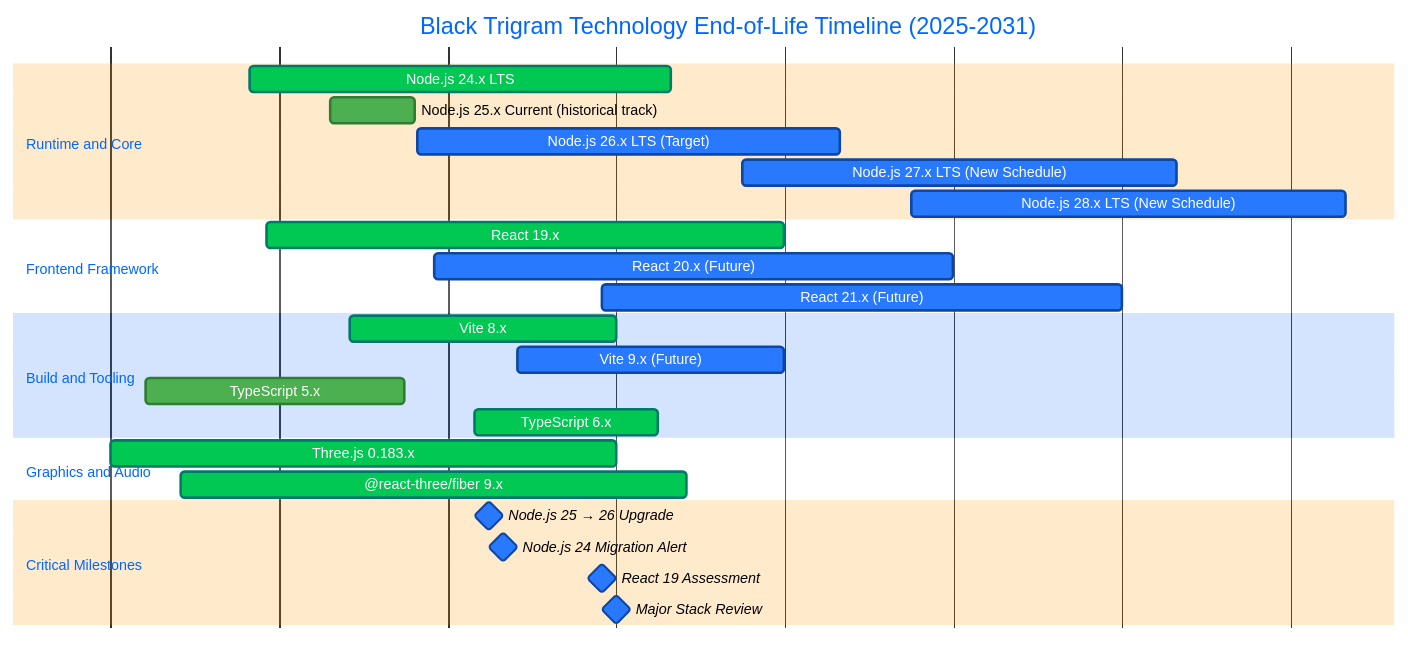
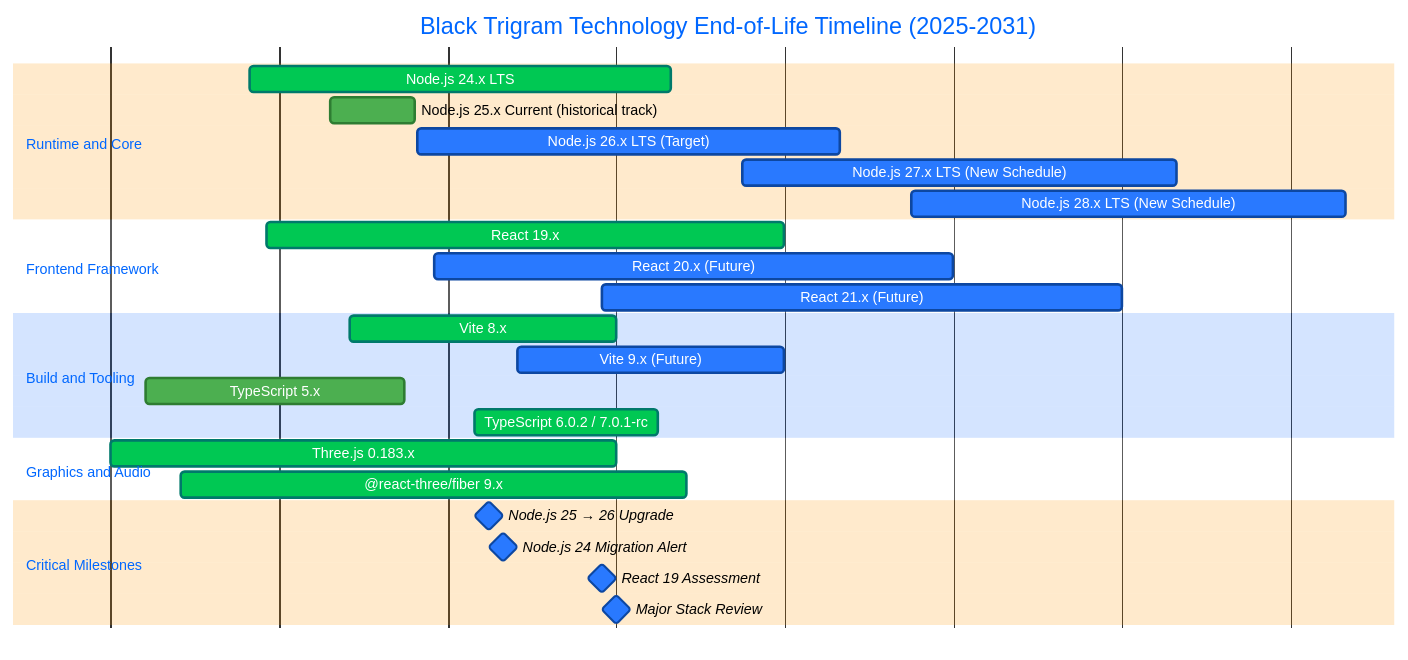
The fifth of 8 diagrams in End-of-Life-Strategy.md (Hack23/blacktrigram), drawn with Mermaid before and after one commit. The commit also changed other lines of this file and 2 other files, not shown here.

Commit message:
Refresh stack versions and TypeScript migration docs

````diff
--- a/End-of-Life-Strategy.md
+++ b/End-of-Life-Strategy.md
@@ -387,35 +387,35 @@
 ```mermaid
 %%{init: {'theme':'base', 'themeVariables': {'primaryColor':'#2979FF','primaryTextColor':'#fff','primaryBorderColor':'#0D47A1','lineColor':'#455A64','secondaryColor':'#4CAF50','tertiaryColor':'#FF9800','taskBkgColor':'#2979FF','taskTextColor':'#fff','taskTextDarkColor':'#fff','taskTextOutsideColor':'#000','activeTaskBkgColor':'#00C853','activeTaskBorderColor':'#00796B','doneTaskBkgColor':'#4CAF50','doneTaskBorderColor':'#2E7D32','critBkgColor':'#D32F2F','critBorderColor':'#B71C1C'}}}%%
 gantt
     title Black Trigram Technology End-of-Life Timeline (2025-2031)
     dateFormat YYYY-MM-DD
     axisFormat %Y
 
     section Runtime and Core
     Node.js 24.x LTS          :active, node24, 2024-10-29, 2027-04-30
     Node.js 25.x Current (historical track) :done, node25, 2025-04-22, 2025-10-21
     Node.js 26.x LTS (Target) :node26, 2025-10-28, 2028-04-30
     Node.js 27.x LTS (New Schedule) :node27, 2027-10-01, 2030-04-30
     Node.js 28.x LTS (New Schedule) :node28, 2028-10-01, 2031-04-30
 
     section Frontend Framework
     React 19.x                :active, react19, 2024-12-05, 2027-12-31
     React 20.x (Future)       :react20, 2025-12-01, 2028-12-31
     React 21.x (Future)       :react21, 2026-12-01, 2029-12-31
 
     section Build and Tooling
     Vite 8.x                  :active, vite8, 2025-06-01, 2026-12-31
     Vite 9.x (Future)         :vite9, 2026-06-01, 2027-12-31
     TypeScript 5.x            :done, ts5, 2024-03-16, 2025-09-30
-    TypeScript 6.x            :active, ts6, 2026-03-01, 2027-03-31
+    TypeScript 6.0.2 / 7.0.1-rc :active, ts6, 2026-03-01, 2027-03-31
 
     section Graphics and Audio
     Three.js 0.183.x           :active, three, 2024-01-01, 2026-12-31
     @react-three/fiber 9.x     :active, r3f9, 2024-06-01, 2027-06-01
 
     section Critical Milestones
     Node.js 25 → 26 Upgrade    :milestone, node25upgrade, 2026-04-01, 0d
     Node.js 24 Migration Alert :milestone, node24alert, 2026-04-30, 0d
     React 19 Assessment       :milestone, react19assess, 2026-12-01, 0d
     Major Stack Review        :milestone, stackreview, 2027-01-01, 0d
 ```
````
